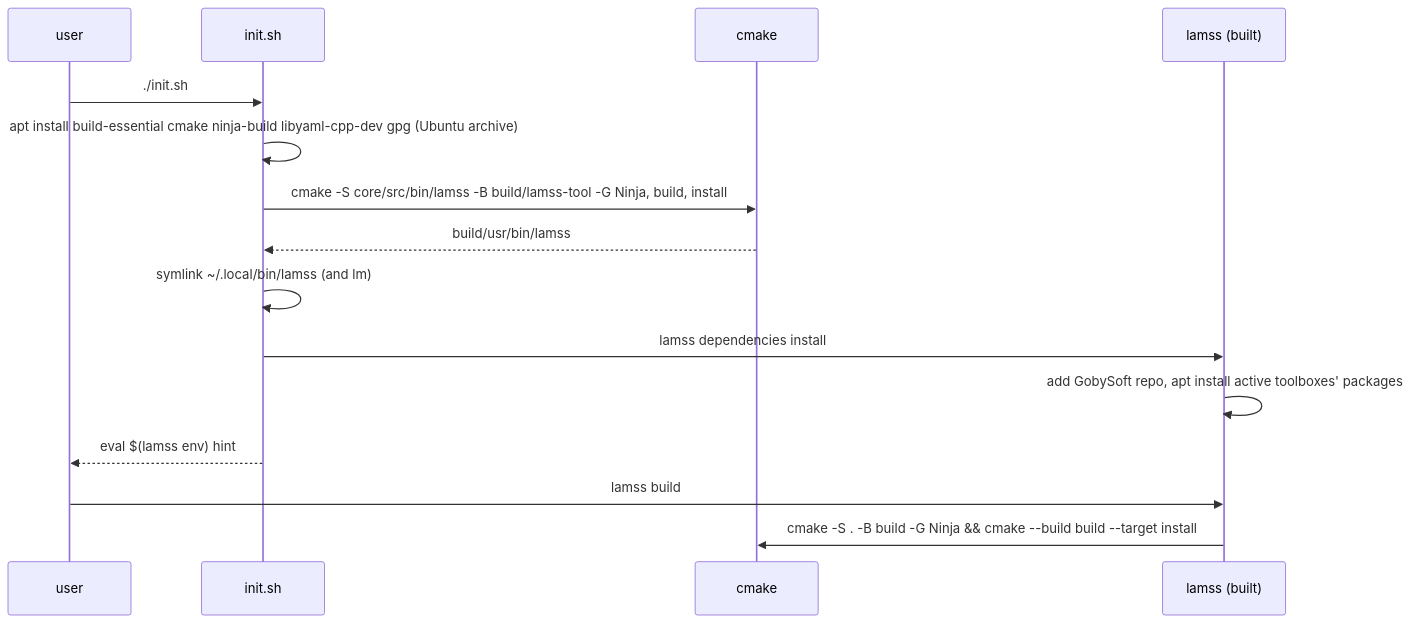
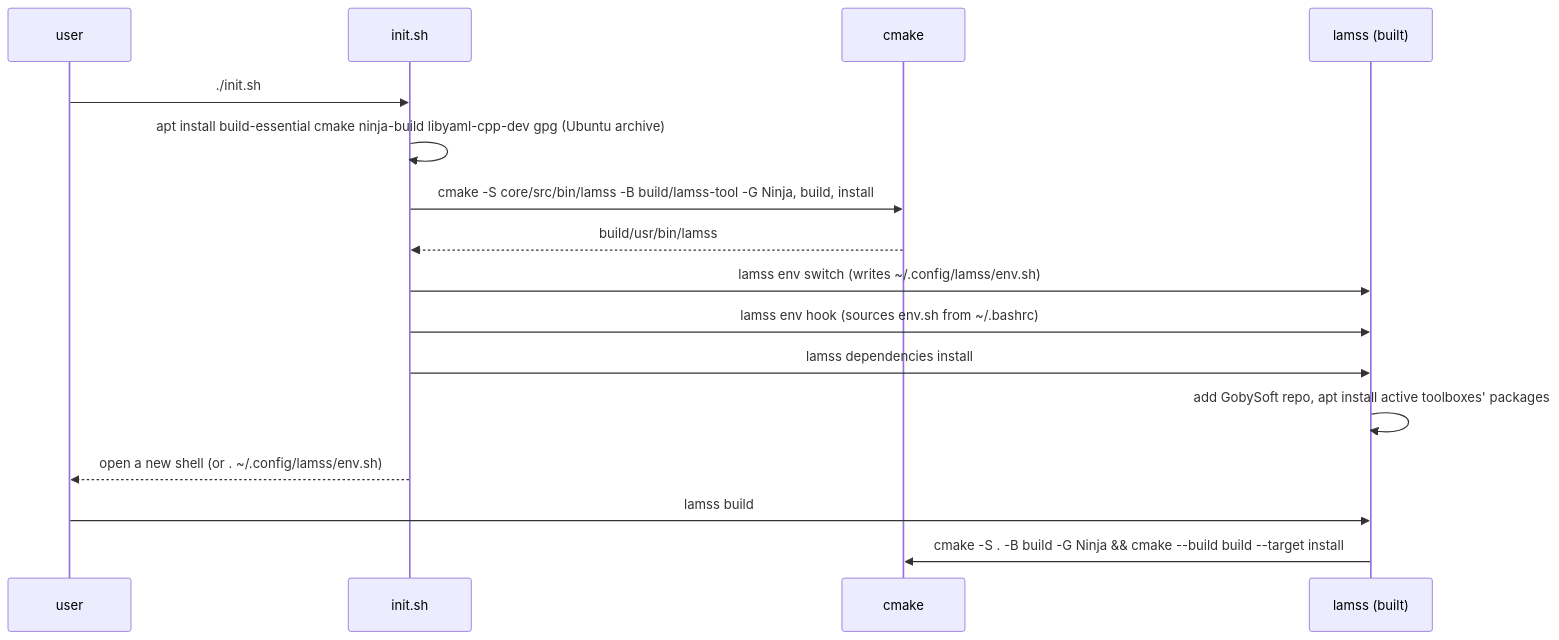
One commit to GobySoft/lamss3 changed the first of 2 diagrams in core/src/doc/plan/claude/03-lamss-tool.md. Above: the diagram before and after it, drawn with Mermaid. The commit also changed other lines of this file and 10 other files, not shown here.

````diff
--- a/core/src/doc/plan/claude/03-lamss-tool.md
+++ b/core/src/doc/plan/claude/03-lamss-tool.md
@@ -18,17 +18,18 @@
 ```mermaid
 sequenceDiagram
   participant U as user
   participant B as init.sh
   participant C as cmake
   participant L as lamss (built)
   U->>B: ./init.sh
   B->>B: apt install build-essential cmake ninja-build libyaml-cpp-dev gpg (Ubuntu archive)
   B->>C: cmake -S core/src/bin/lamss -B build/lamss-tool -G Ninja, build, install
   C-->>B: build/usr/bin/lamss
-  B->>B: symlink ~/.local/bin/lamss (and lm)
+  B->>L: lamss env switch (writes ~/.config/lamss/env.sh)
+  B->>L: lamss env hook (sources env.sh from ~/.bashrc)
   B->>L: lamss dependencies install
   L->>L: add GobySoft repo, apt install active toolboxes' packages
-  B-->>U: eval $(lamss env) hint
+  B-->>U: open a new shell (or . ~/.config/lamss/env.sh)
   U->>L: lamss build
   L->>C: cmake -S . -B build -G Ninja && cmake --build build --target install
 ```
````
